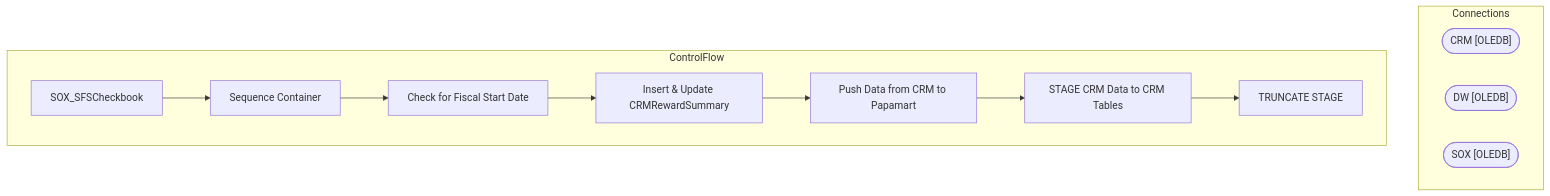
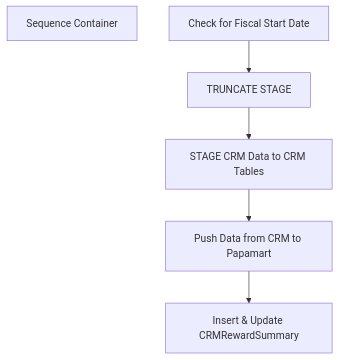
One commit to juanandresbrain/BABSkills changed the diagram in bab-docs-explorer/Documentation/STL-SSIS-P-01/SSIS/CRM/SOX_SFSCheckbook.SOX_SFSCheckbook.md. Above: the diagram before and after it, drawn with Mermaid. The commit also changed other lines of this file and 273 other files, not shown here.

````diff
--- a/bab-docs-explorer/Documentation/STL-SSIS-P-01/SSIS/CRM/SOX_SFSCheckbook.SOX_SFSCheckbook.md
+++ b/bab-docs-explorer/Documentation/STL-SSIS-P-01/SSIS/CRM/SOX_SFSCheckbook.SOX_SFSCheckbook.md
@@ -9,23 +40,13 @@
 ```mermaid
 flowchart TD
-    subgraph Connections
-        CRM_conn(["CRM [OLEDB]"])
-        DW_conn(["DW [OLEDB]"])
-        SOX_conn(["SOX [OLEDB]"])
-    end
-    subgraph ControlFlow
-        SOX_SFSCheckbook_task["SOX_SFSCheckbook"]
-        Sequence_Container_task["Sequence Container"]
-        SOX_SFSCheckbook_task --> Sequence_Container_task
-        Check_for_Fiscal_Start_Date_task["Check for Fiscal Start Date"]
-        Sequence_Container_task --> Check_for_Fiscal_Start_Date_task
-        Insert___Update_CRMRewardSummary_task["Insert & Update CRMRewardSummary"]
-        Check_for_Fiscal_Start_Date_task --> Insert___Update_CRMRewardSummary_task
-        Push_Data_from_CRM_to_Papamart_task["Push Data from CRM to Papamart"]
-        Insert___Update_CRMRewardSummary_task --> Push_Data_from_CRM_to_Papamart_task
-        STAGE_CRM_Data_to_CRM_Tables_task["STAGE CRM Data to CRM Tables"]
-        Push_Data_from_CRM_to_Papamart_task --> STAGE_CRM_Data_to_CRM_Tables_task
-        TRUNCATE_STAGE_task["TRUNCATE STAGE"]
-        STAGE_CRM_Data_to_CRM_Tables_task --> TRUNCATE_STAGE_task
-    end
+    n_Package_Sequence_Container["Sequence Container"]
+    n_Package_Sequence_Container_Check_for_Fiscal_Start_Date["Check for Fiscal Start Date"]
+    n_Package_Sequence_Container_Insert___Update_CRMRewardSummary["Insert & Update CRMRewardSummary"]
+    n_Package_Sequence_Container_Push_Data_from_CRM_to_Papamart["Push Data from CRM to Papamart"]
+    n_Package_Sequence_Container_STAGE_CRM_Data_to_CRM_Tables["STAGE CRM Data to CRM Tables"]
+    n_Package_Sequence_Container_TRUNCATE_STAGE["TRUNCATE STAGE"]
+    n_Package_Sequence_Container_TRUNCATE_STAGE --> n_Package_Sequence_Container_STAGE_CRM_Data_to_CRM_Tables
+    n_Package_Sequence_Container_STAGE_CRM_Data_to_CRM_Tables --> n_Package_Sequence_Container_Push_Data_from_CRM_to_Papamart
+    n_Package_Sequence_Container_Push_Data_from_CRM_to_Papamart --> n_Package_Sequence_Container_Insert___Update_CRMRewardSummary
+    n_Package_Sequence_Container_Check_for_Fiscal_Start_Date --> n_Package_Sequence_Container_TRUNCATE_STAGE
 ```
````
